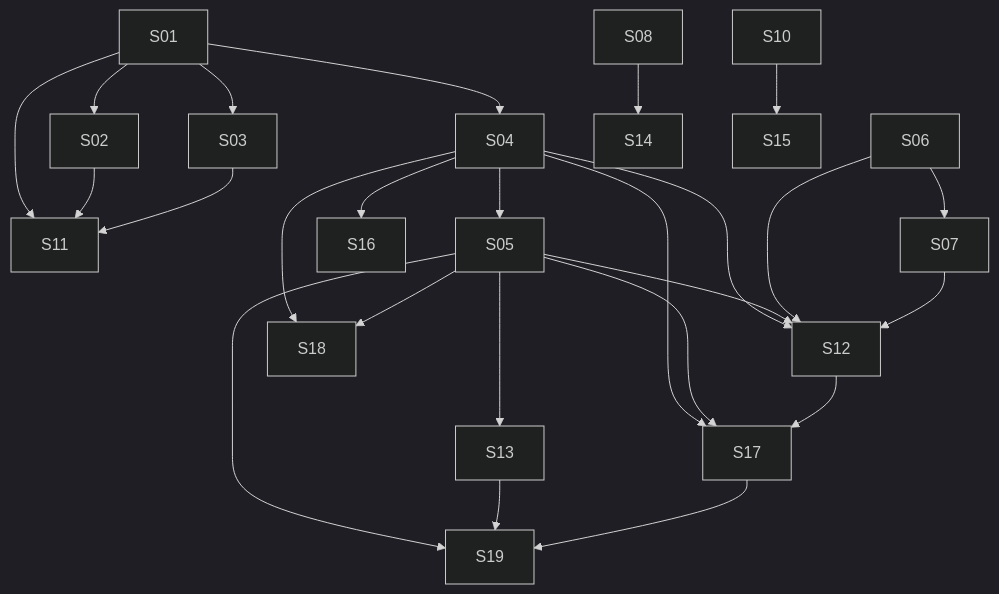
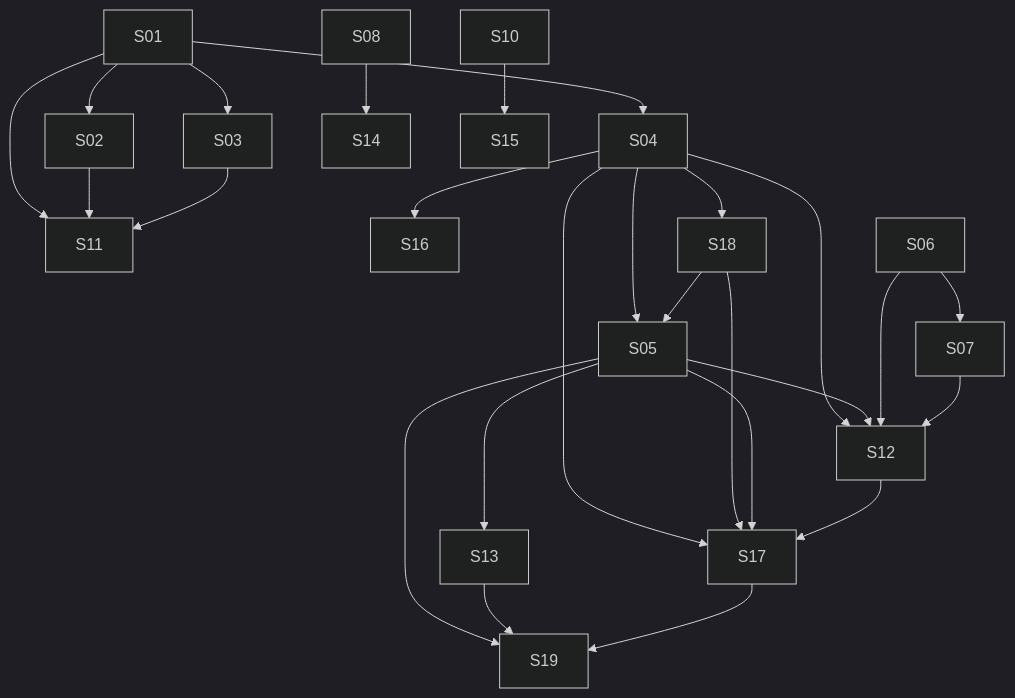
The diagram in plan/M23-MULTIVERTICAL-APPOINTMENT-BOOKING.md (lmmoreira/ikaro), drawn with Mermaid (dark theme) before and after one commit. The commit also changed other lines of this file and 6 other files, not shown here.

````diff
--- a/plan/M23-MULTIVERTICAL-APPOINTMENT-BOOKING.md
+++ b/plan/M23-MULTIVERTICAL-APPOINTMENT-BOOKING.md
@@ -39,27 +39,28 @@
 ```mermaid
 graph TD
   S01 --> S02
   S01 --> S03
   S01 --> S04
   S01 --> S11
   S02 --> S11
   S03 --> S11
   S04 --> S05
   S04 --> S12
   S04 --> S16
   S04 --> S17
   S04 --> S18
+  S18 --> S05
+  S18 --> S17
   S05 --> S12
   S05 --> S13
   S05 --> S17
-  S05 --> S18
   S12 --> S17
   S05 --> S19
   S13 --> S19
   S17 --> S19
   S06 --> S07
   S06 --> S12
   S07 --> S12
   S08 --> S14
   S10 --> S15
 ```
````
